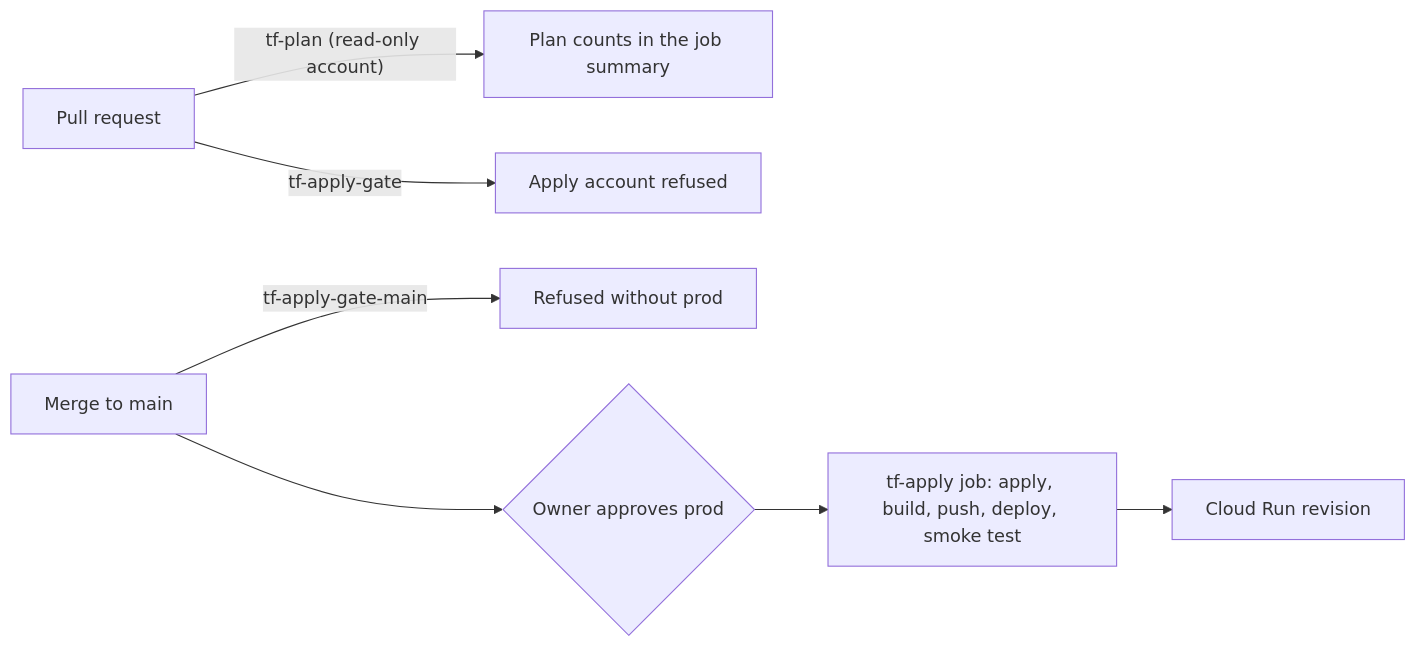
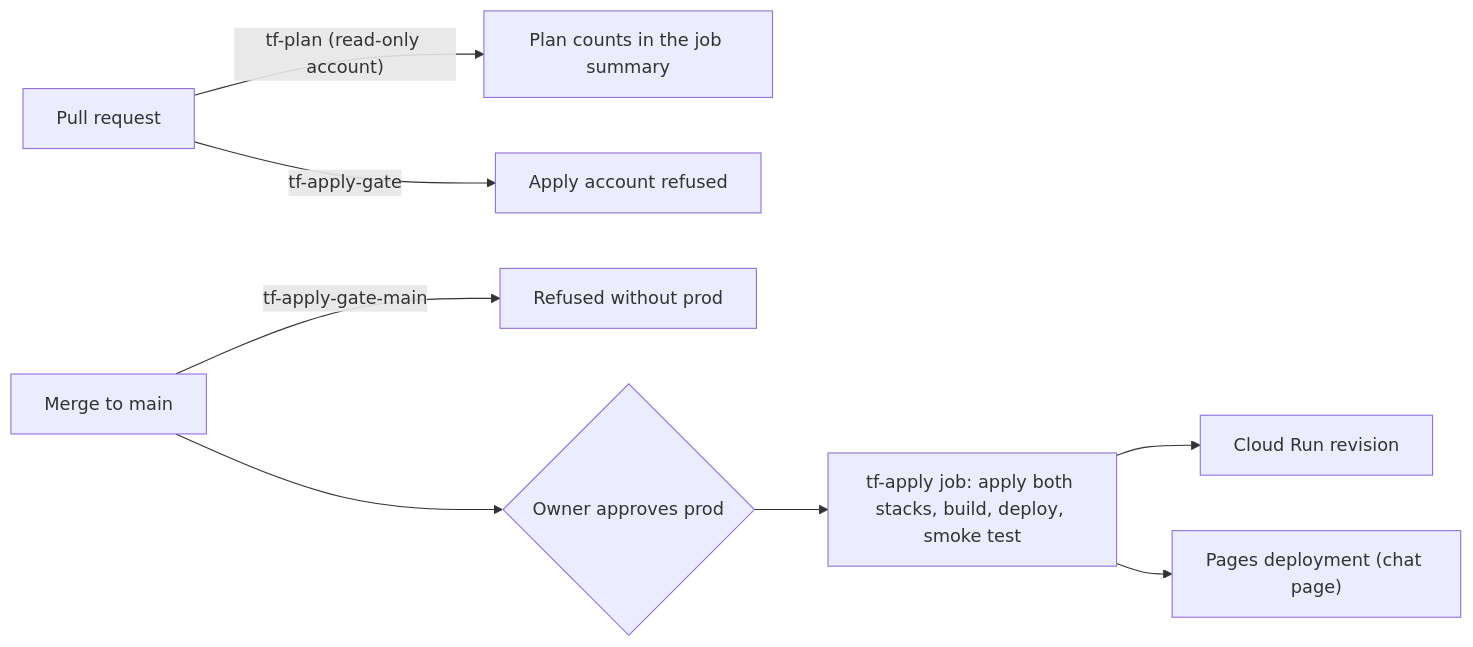
One commit to ramirez-ai-labs/spanish-support-chatbot changed the second of 2 diagrams in docs/design.md. Above: the diagram before and after it, drawn with Mermaid. The commit also changed other lines of this file and 4 other files, not shown here.

````diff
--- a/docs/design.md
+++ b/docs/design.md
@@ -214,9 +214,10 @@
 ```mermaid
 flowchart LR
     pr["Pull request"] -->|"tf-plan (read-only account)"| plan["Plan counts in the job summary"]
     pr -->|"tf-apply-gate"| refused1["Apply account refused"]
     merge["Merge to main"] -->|"tf-apply-gate-main"| refused2["Refused without prod"]
     merge --> approve{"Owner approves prod"}
-    approve --> job["tf-apply job: apply, build, push, deploy, smoke test"]
+    approve --> job["tf-apply job: apply both stacks, build, deploy, smoke test"]
     job --> run["Cloud Run revision"]
+    job --> page["Pages deployment (chat page)"]
 ```
````
